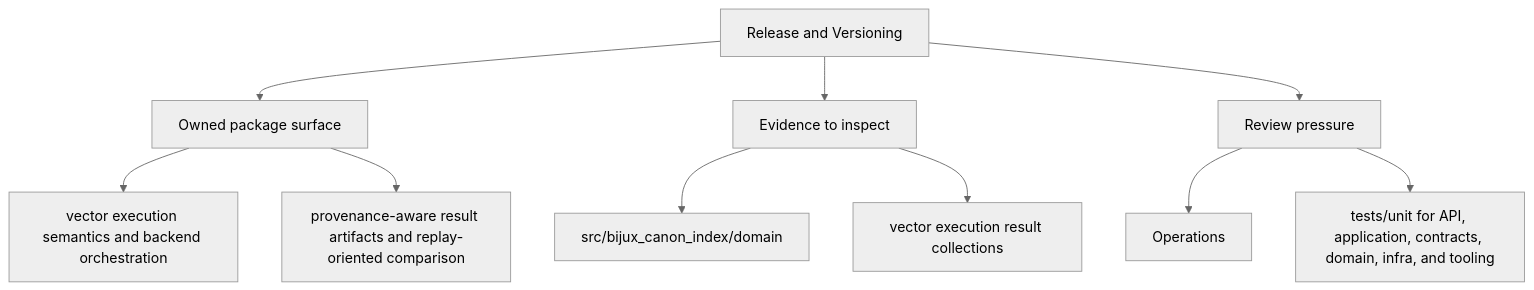
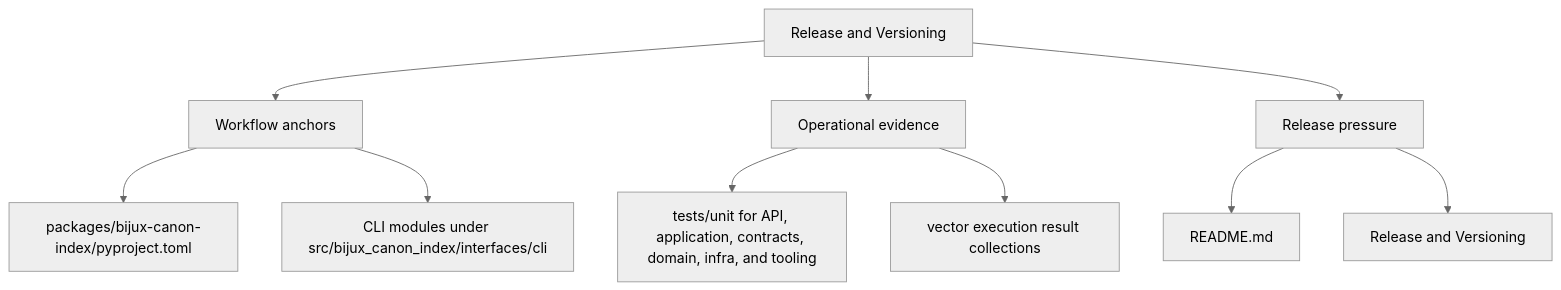
Before and after one commit to bijux/bijux-canon: the second of 2 diagrams in docs/bijux-canon-index/operations/release-and-versioning.md, drawn with Mermaid (neutral theme). The commit also changed other lines of this file and 250 other files, not shown here.

Commit message:
docs(diagrams): make product page maps more readable

````diff
--- a/docs/bijux-canon-index/operations/release-and-versioning.md
+++ b/docs/bijux-canon-index/operations/release-and-versioning.md
@@ -35,22 +35,22 @@
 ```mermaid
 flowchart TD
     page["Release and Versioning"]
-    focus1["Owned package surface"]
+    focus1["Workflow anchors"]
     page --> focus1
-    focus1_1["vector execution semantics and backend orchestration"]
+    focus1_1["packages/bijux-canon-index/pyproject.toml"]
     focus1 --> focus1_1
-    focus1_2["provenance-aware result artifacts and replay-oriented comparison"]
+    focus1_2["CLI modules under src/bijux_canon_index/interfaces/cli"]
     focus1 --> focus1_2
-    focus2["Evidence to inspect"]
+    focus2["Operational evidence"]
     page --> focus2
-    focus2_1["src/bijux_canon_index/domain"]
+    focus2_1["tests/unit for API, application, contracts, domain, infra, and tooling"]
     focus2 --> focus2_1
     focus2_2["vector execution result collections"]
     focus2 --> focus2_2
-    focus3["Review pressure"]
+    focus3["Release pressure"]
     page --> focus3
-    focus3_1["Operations"]
+    focus3_1["README.md"]
     focus3 --> focus3_1
-    focus3_2["tests/unit for API, application, contracts, domain, infra, and tooling"]
+    focus3_2["Release and Versioning"]
     focus3 --> focus3_2
 ```
````
